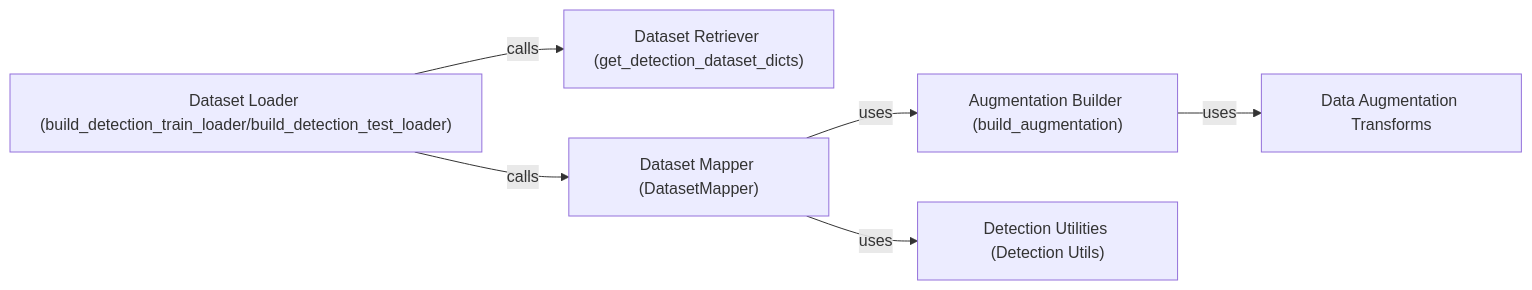
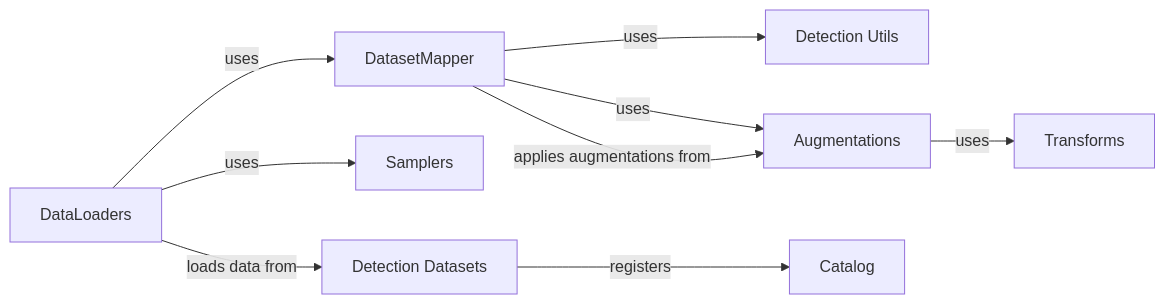
Before and after one commit to CodeBoarding/GeneratedOnBoardings: the diagram in detectron2/Data Processing Pipeline.md, drawn with Mermaid. The commit also changed other lines of this file and 5 other files, not shown here.

````diff
--- a/detectron2/Data Processing Pipeline.md
+++ b/detectron2/Data Processing Pipeline.md
@@ -1,14 +1,19 @@
 ```mermaid
 graph LR
-    Dataset_Loader_build_detection_train_loader_build_detection_test_loader_["Dataset Loader (build_detection_train_loader/build_detection_test_loader)"]
-    Dataset_Retriever_get_detection_dataset_dicts_["Dataset Retriever (get_detection_dataset_dicts)"]
-    Dataset_Mapper_DatasetMapper_["Dataset Mapper (DatasetMapper)"]
-    Augmentation_Builder_build_augmentation_["Augmentation Builder (build_augmentation)"]
-    Data_Augmentation_Transforms["Data Augmentation Transforms"]
-    Detection_Utilities_Detection_Utils_["Detection Utilities (Detection Utils)"]
-    Dataset_Loader_build_detection_train_loader_build_detection_test_loader_ -- "calls" --> Dataset_Retriever_get_detection_dataset_dicts_
-    Dataset_Loader_build_detection_train_loader_build_detection_test_loader_ -- "calls" --> Dataset_Mapper_DatasetMapper_
-    Dataset_Mapper_DatasetMapper_ -- "uses" --> Augmentation_Builder_build_augmentation_
-    Augmentation_Builder_build_augmentation_ -- "uses" --> Data_Augmentation_Transforms
-    Dataset_Mapper_DatasetMapper_ -- "uses" --> Detection_Utilities_Detection_Utils_
+    DatasetMapper["DatasetMapper"]
+    DataLoaders["DataLoaders"]
+    Detection_Datasets["Detection Datasets"]
+    Augmentations["Augmentations"]
+    Transforms["Transforms"]
+    Catalog["Catalog"]
+    Samplers["Samplers"]
+    Detection_Utils["Detection Utils"]
+    DatasetMapper -- "uses" --> Detection_Utils
+    DatasetMapper -- "uses" --> Augmentations
+    DataLoaders -- "uses" --> DatasetMapper
+    DataLoaders -- "uses" --> Samplers
+    DataLoaders -- "loads data from" --> Detection_Datasets
+    Detection_Datasets -- "registers" --> Catalog
+    Augmentations -- "uses" --> Transforms
+    DatasetMapper -- "applies augmentations from" --> Augmentations
 ```
````
